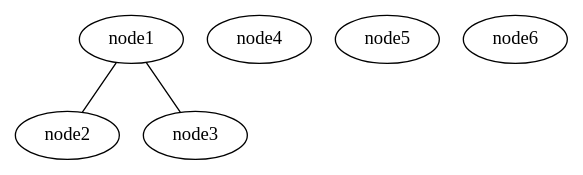
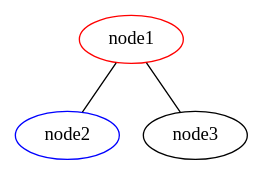
The diagram in 2021-dot-runtime/TestDot/src/test.dot (acachadina/6CCS3MDE_Coursework), drawn with Graphviz before and after one commit. The commit also changed 9 other files, not shown here.

```diff
--- a/2021-dot-runtime/TestDot/src/test.dot
+++ b/2021-dot-runtime/TestDot/src/test.dot
@@ -1,12 +1,8 @@
 graph anna {
-	node1
-	node2
+	node1 [color=red, label=node1]
+	node2 [color=blue, label=node2]
 	node3
-	node4
-	node5
-	node6
 	
 	node1--node2
 	node1--node3
-	
 }
```
